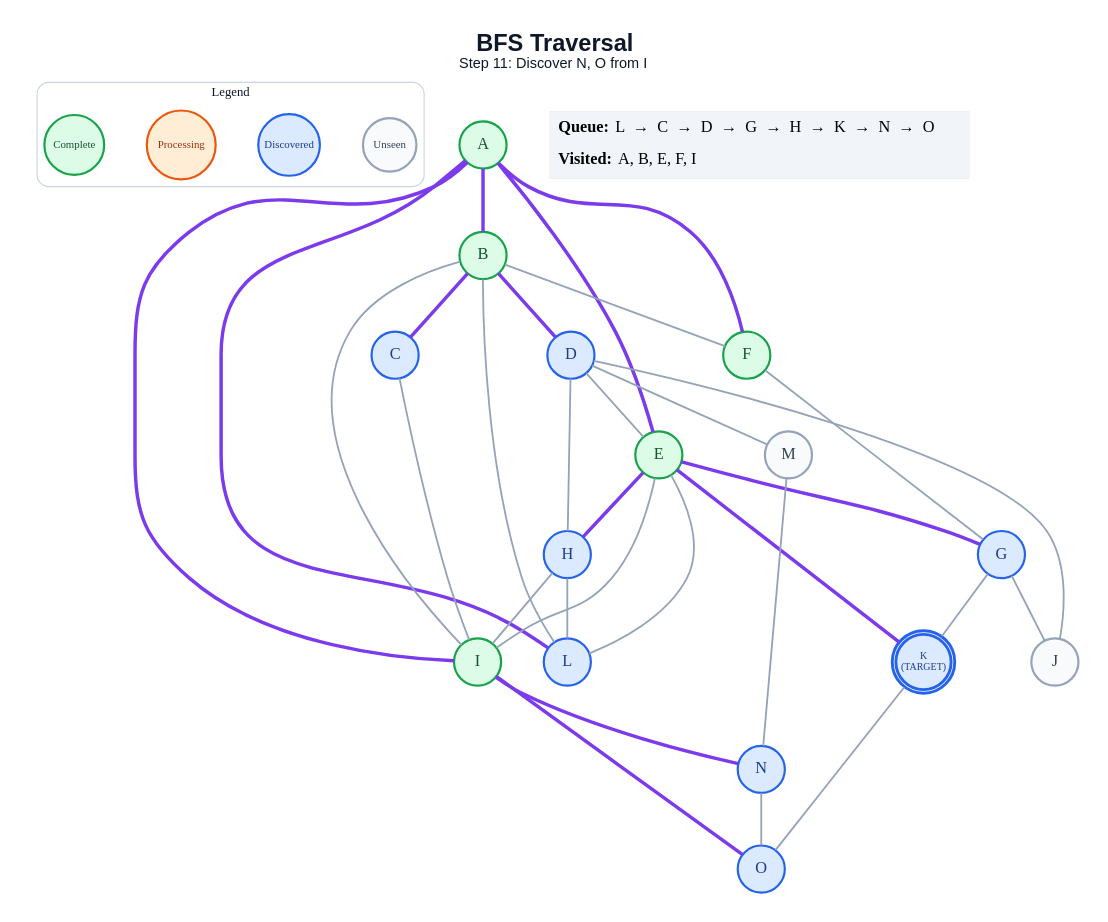
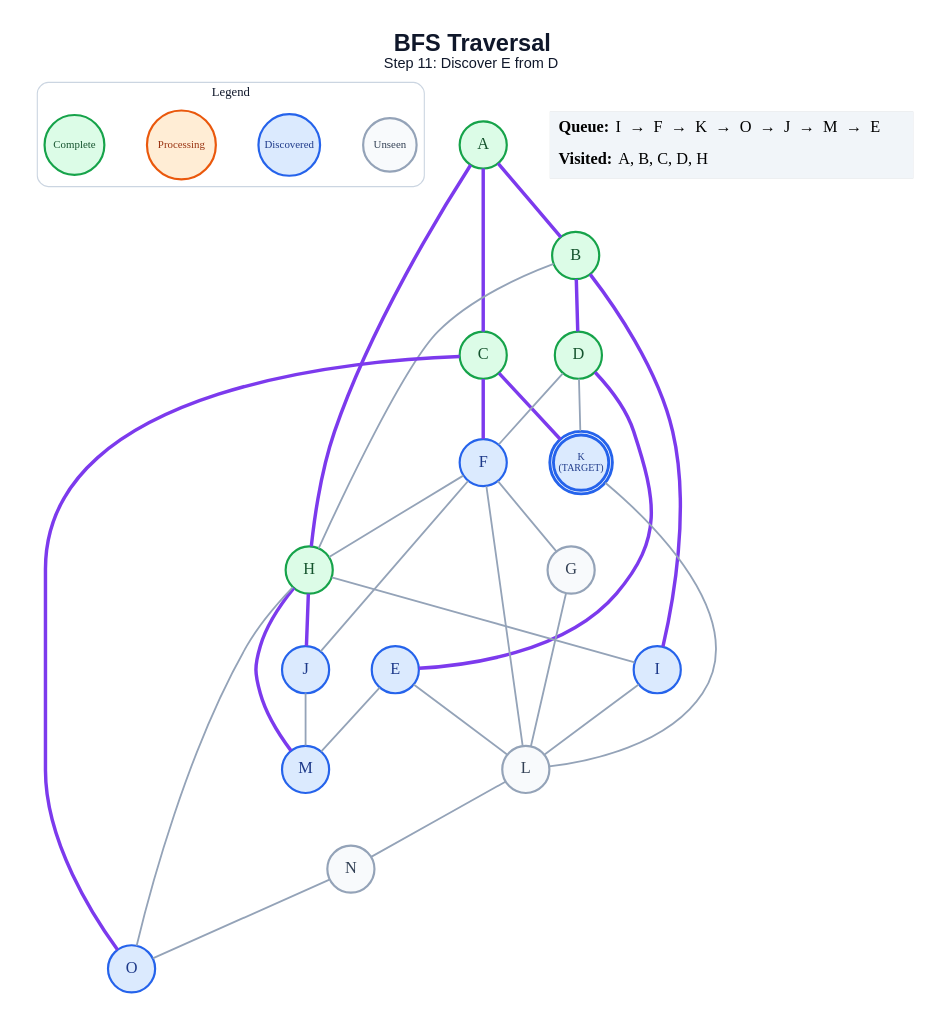
The diagram in generated/specific-node/bfs/step_11.dot (anon7238593-create/ai-slop), drawn with Graphviz before and after one commit. The commit also changed 265 other files, not shown here.

```diff
--- a/generated/specific-node/bfs/step_11.dot
+++ b/generated/specific-node/bfs/step_11.dot
@@ -1,64 +1,62 @@
 graph traversal {
   graph [layout=dot, rankdir=TB, bgcolor="#FFFFFF", pad="0.35", nodesep="0.65", ranksep="0.8", fontname="Arial"];
   node [shape=circle, style="filled", fontname="Arial Bold", fontsize=18, width=0.72, fixedsize=true, penwidth=2.4];
   edge [color="#94A3B8", penwidth=2.0];
-  label=<<B>BFS Traversal</B><BR/><FONT POINT-SIZE="16">Step 11: Discover N, O from I</FONT>>; labelloc="t"; fontsize=26; fontname="Arial"; fontcolor="#0F172A";
+  label=<<B>BFS Traversal</B><BR/><FONT POINT-SIZE="16">Step 11: Discover E from D</FONT>>; labelloc="t"; fontsize=26; fontname="Arial"; fontcolor="#0F172A";
   subgraph cluster_legend { label="Legend"; color="#CBD5E1"; penwidth=1.2; style="rounded"; fontsize=14; fontname="Arial Bold";
     key_unseen [label="Unseen", fillcolor="#F8FAFC", color="#94A3B8", fontcolor="#334155", fontsize=12, width=0.82];
     key_frontier [label="Discovered", fillcolor="#DBEAFE", color="#2563EB", fontcolor="#1E3A8A", fontsize=12, width=0.95];
     key_current [label="Processing", fillcolor="#FFEDD5", color="#EA580C", fontcolor="#9A3412", fontsize=12, width=1.05];
     key_done [label="Complete", fillcolor="#DCFCE7", color="#16A34A", fontcolor="#14532D", fontsize=12, width=0.92];
     { rank=same; key_unseen; key_frontier; key_current; key_done; }
   }
   A [label="A", fillcolor="#DCFCE7", color="#16A34A", fontcolor="#14532D", peripheries=1, penwidth=2.4];
   B [label="B", fillcolor="#DCFCE7", color="#16A34A", fontcolor="#14532D", peripheries=1, penwidth=2.4];
-  C [label="C", fillcolor="#DBEAFE", color="#2563EB", fontcolor="#1E3A8A", peripheries=1, penwidth=2.4];
-  D [label="D", fillcolor="#DBEAFE", color="#2563EB", fontcolor="#1E3A8A", peripheries=1, penwidth=2.4];
-  E [label="E", fillcolor="#DCFCE7", color="#16A34A", fontcolor="#14532D", peripheries=1, penwidth=2.4];
-  F [label="F", fillcolor="#DCFCE7", color="#16A34A", fontcolor="#14532D", peripheries=1, penwidth=2.4];
-  G [label="G", fillcolor="#DBEAFE", color="#2563EB", fontcolor="#1E3A8A", peripheries=1, penwidth=2.4];
-  H [label="H", fillcolor="#DBEAFE", color="#2563EB", fontcolor="#1E3A8A", peripheries=1, penwidth=2.4];
-  I [label="I", fillcolor="#DCFCE7", color="#16A34A", fontcolor="#14532D", peripheries=1, penwidth=2.4];
-  J [label="J", fillcolor="#F8FAFC", color="#94A3B8", fontcolor="#334155", peripheries=1, penwidth=2.4];
+  C [label="C", fillcolor="#DCFCE7", color="#16A34A", fontcolor="#14532D", peripheries=1, penwidth=2.4];
+  D [label="D", fillcolor="#DCFCE7", color="#16A34A", fontcolor="#14532D", peripheries=1, penwidth=2.4];
+  E [label="E", fillcolor="#DBEAFE", color="#2563EB", fontcolor="#1E3A8A", peripheries=1, penwidth=2.4];
+  F [label="F", fillcolor="#DBEAFE", color="#2563EB", fontcolor="#1E3A8A", peripheries=1, penwidth=2.4];
+  G [label="G", fillcolor="#F8FAFC", color="#94A3B8", fontcolor="#334155", peripheries=1, penwidth=2.4];
+  H [label="H", fillcolor="#DCFCE7", color="#16A34A", fontcolor="#14532D", peripheries=1, penwidth=2.4];
+  I [label="I", fillcolor="#DBEAFE", color="#2563EB", fontcolor="#1E3A8A", peripheries=1, penwidth=2.4];
+  J [label="J", fillcolor="#DBEAFE", color="#2563EB", fontcolor="#1E3A8A", peripheries=1, penwidth=2.4];
   K [label="K\n(TARGET)", fillcolor="#DBEAFE", color="#2563EB", fontcolor="#1E3A8A", peripheries=2, penwidth=3.2, fontsize=11, width=0.85, height=0.85];
-  L [label="L", fillcolor="#DBEAFE", color="#2563EB", fontcolor="#1E3A8A", peripheries=1, penwidth=2.4];
-  M [label="M", fillcolor="#F8FAFC", color="#94A3B8", fontcolor="#334155", peripheries=1, penwidth=2.4];
-  N [label="N", fillcolor="#DBEAFE", color="#2563EB", fontcolor="#1E3A8A", peripheries=1, penwidth=2.4];
+  L [label="L", fillcolor="#F8FAFC", color="#94A3B8", fontcolor="#334155", peripheries=1, penwidth=2.4];
+  M [label="M", fillcolor="#DBEAFE", color="#2563EB", fontcolor="#1E3A8A", peripheries=1, penwidth=2.4];
+  N [label="N", fillcolor="#F8FAFC", color="#94A3B8", fontcolor="#334155", peripheries=1, penwidth=2.4];
   O [label="O", fillcolor="#DBEAFE", color="#2563EB", fontcolor="#1E3A8A", peripheries=1, penwidth=2.4];
   A -- B [color="#7C3AED", penwidth=3.8];
-  A -- E [color="#7C3AED", penwidth=3.8];
-  A -- F [color="#7C3AED", penwidth=3.8];
-  A -- I [color="#7C3AED", penwidth=3.8];
-  A -- L [color="#7C3AED", penwidth=3.8];
-  B -- C [color="#7C3AED", penwidth=3.8];
+  A -- C [color="#7C3AED", penwidth=3.8];
+  A -- H [color="#7C3AED", penwidth=3.8];
   B -- D [color="#7C3AED", penwidth=3.8];
-  B -- F;
-  B -- I;
-  B -- L;
-  C -- I;
-  D -- E;
-  D -- H;
-  D -- J;
-  D -- M;
-  E -- G [color="#7C3AED", penwidth=3.8];
-  E -- H [color="#7C3AED", penwidth=3.8];
-  E -- I;
-  E -- K [color="#7C3AED", penwidth=3.8];
+  B -- H;
+  B -- I [color="#7C3AED", penwidth=3.8];
+  C -- F [color="#7C3AED", penwidth=3.8];
+  C -- K [color="#7C3AED", penwidth=3.8];
+  C -- O [color="#7C3AED", penwidth=3.8];
+  D -- E [color="#7C3AED", penwidth=3.8];
+  D -- F;
+  D -- K;
   E -- L;
+  E -- M;
   F -- G;
-  G -- J;
-  G -- K;
+  F -- H;
+  F -- J;
+  F -- L;
+  G -- L;
   H -- I;
-  H -- L;
-  I -- N [color="#7C3AED", penwidth=3.8];
-  I -- O [color="#7C3AED", penwidth=3.8];
-  K -- O;
-  M -- N;
+  H -- J [color="#7C3AED", penwidth=3.8];
+  H -- M [color="#7C3AED", penwidth=3.8];
+  H -- O;
+  I -- L;
+  J -- M;
+  K -- L;
+  L -- N;
   N -- O;
   status [shape=plain, fixedsize=false, width=0, height=0, margin=0, label=<
     <TABLE BORDER="0" CELLBORDER="0" CELLPADDING="7" BGCOLOR="#F1F5F9">
-      <TR><TD ALIGN="LEFT"><B>Queue:</B> L  →  C  →  D  →  G  →  H  →  K  →  N  →  O</TD></TR>
-      <TR><TD ALIGN="LEFT"><B>Visited:</B> A, B, E, F, I</TD></TR>
+      <TR><TD ALIGN="LEFT"><B>Queue:</B> I  →  F  →  K  →  O  →  J  →  M  →  E</TD></TR>
+      <TR><TD ALIGN="LEFT"><B>Visited:</B> A, B, C, D, H</TD></TR>
     </TABLE>
   >];
 }
```
